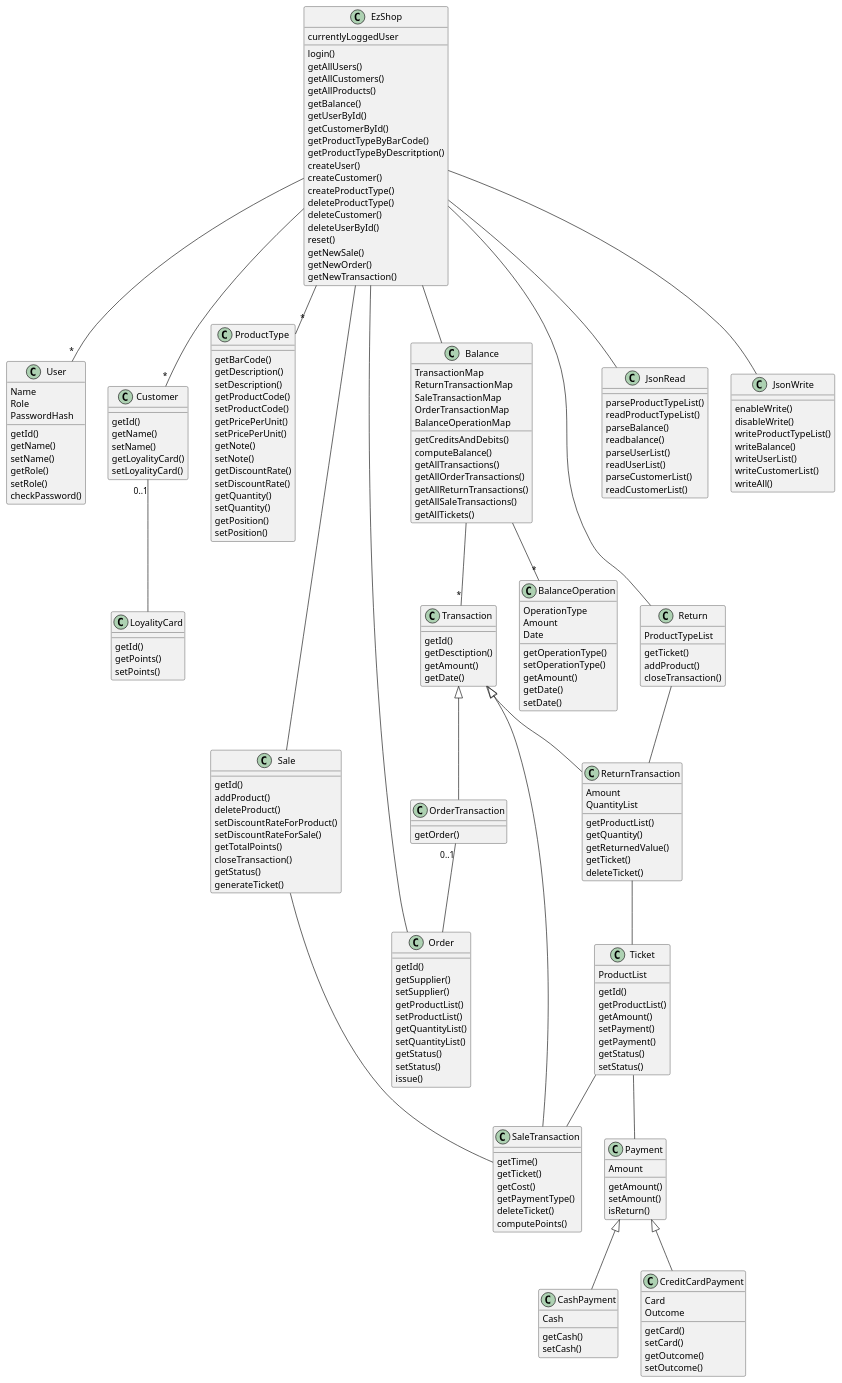
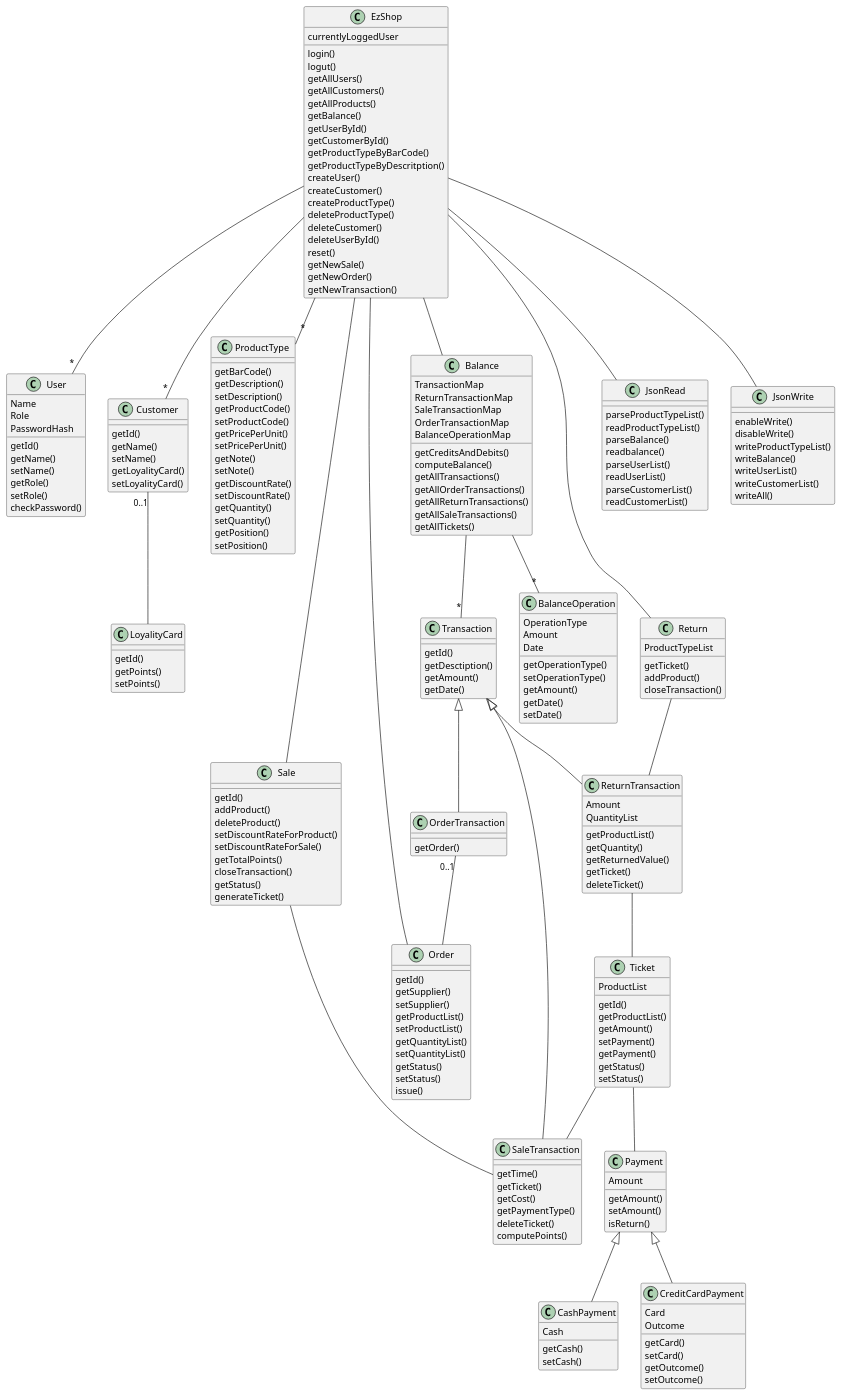
The second of 2 diagrams in Deliverables/DesignDocument.md (paolotron/EzshoProject31), drawn with PlantUML before and after one commit.

````diff
--- a/Deliverables/DesignDocument.md
+++ b/Deliverables/DesignDocument.md
@@ -57,7 +57,9 @@
 ```plantuml
+
 
 class EzShop{
     login()
+    logut()
     getAllUsers()
     getAllCustomers()
     getAllProducts()
@@ -273,4 +275,5 @@
 EzShop -- JsonWrite
 
 
+
 ```
````
